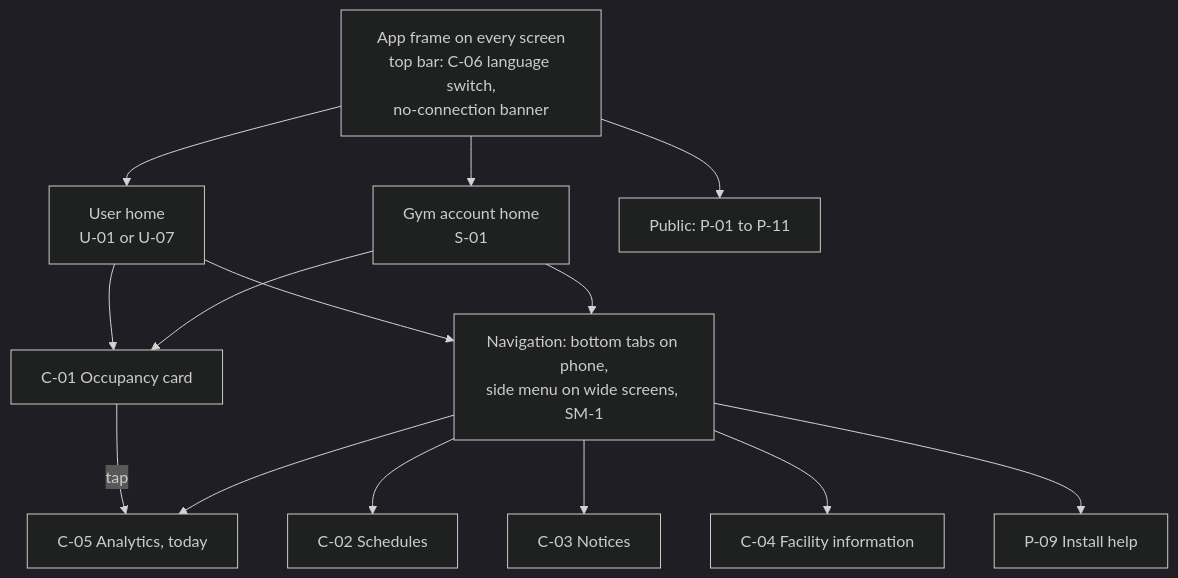
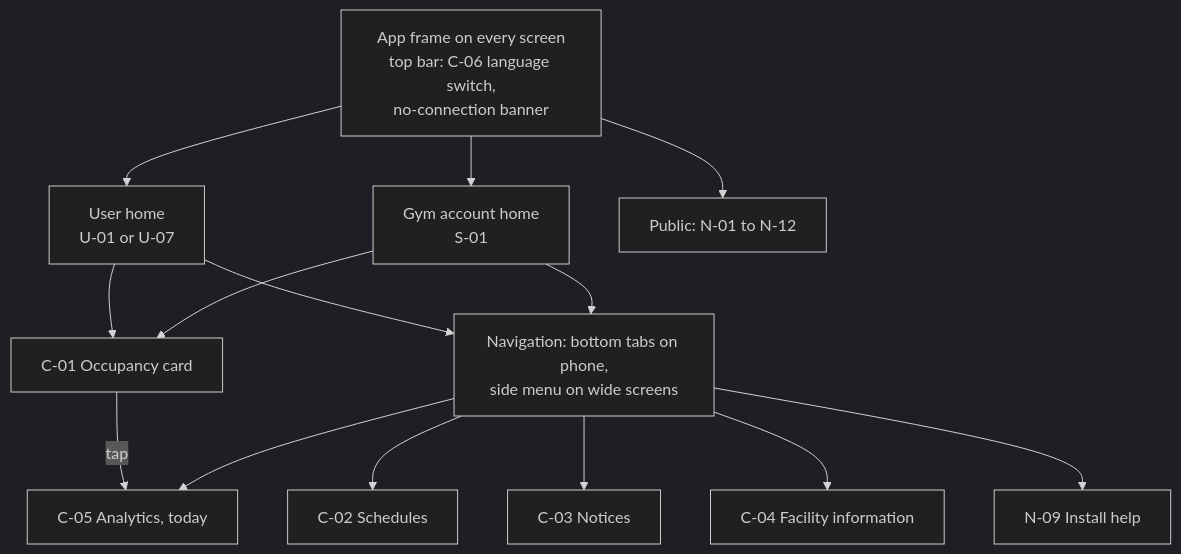
The sixth of 7 diagrams in docs/design/screen-map.md (Th3-Minorities/natatorio-gym-app), drawn with Mermaid (dark theme) before and after one commit. The commit also changed other lines of this file, not shown here.

Commit message:
Add the roster and recovery code screens to the screen map

````diff
--- a/docs/design/screen-map.md
+++ b/docs/design/screen-map.md
@@ -147,17 +184,17 @@
 ```mermaid
 flowchart TD
   FRAME["App frame on every screen<br/>top bar: C-06 language switch,<br/>no-connection banner"]
   FRAME --> HU["User home<br/>U-01 or U-07"]
   FRAME --> HS["Gym account home<br/>S-01"]
-  FRAME --> HP["Public: P-01 to P-11"]
+  FRAME --> HP["Public: N-01 to N-12"]
   HU --> C01["C-01 Occupancy card"]
   HS --> C01
   C01 -->|"tap"| C05["C-05 Analytics, today"]
-  HU --> NAV["Navigation: bottom tabs on phone,<br/>side menu on wide screens, SM-1"]
+  HU --> NAV["Navigation: bottom tabs on phone,<br/>side menu on wide screens"]
   HS --> NAV
   NAV --> C02["C-02 Schedules"]
   NAV --> C03["C-03 Notices"]
   NAV --> C04["C-04 Facility information"]
   NAV --> C05
-  NAV --> P09["P-09 Install help"]
+  NAV --> N09["N-09 Install help"]
 ```
````
